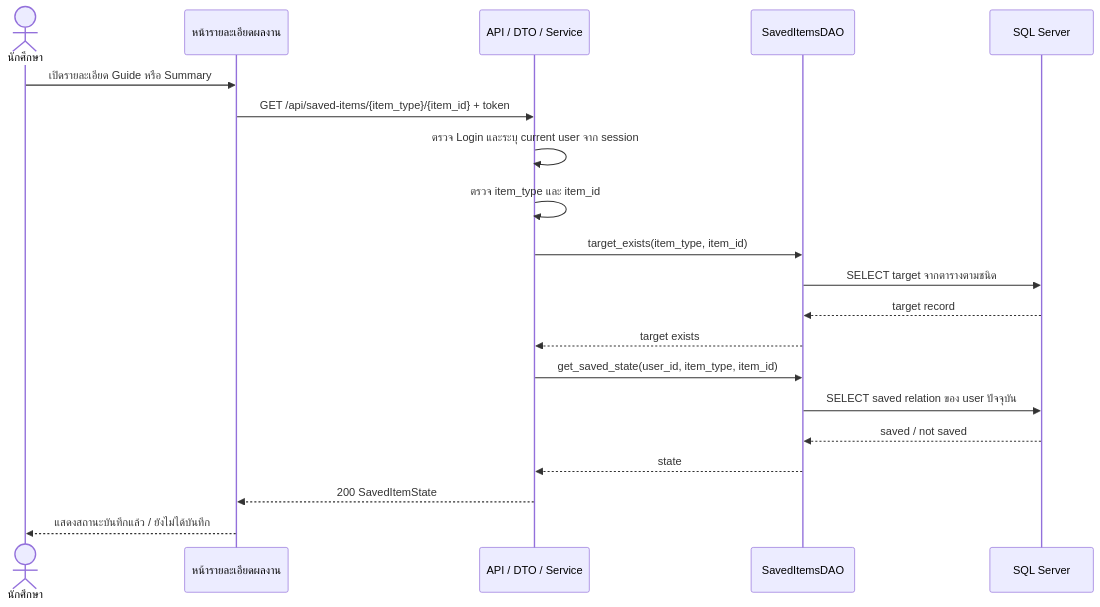
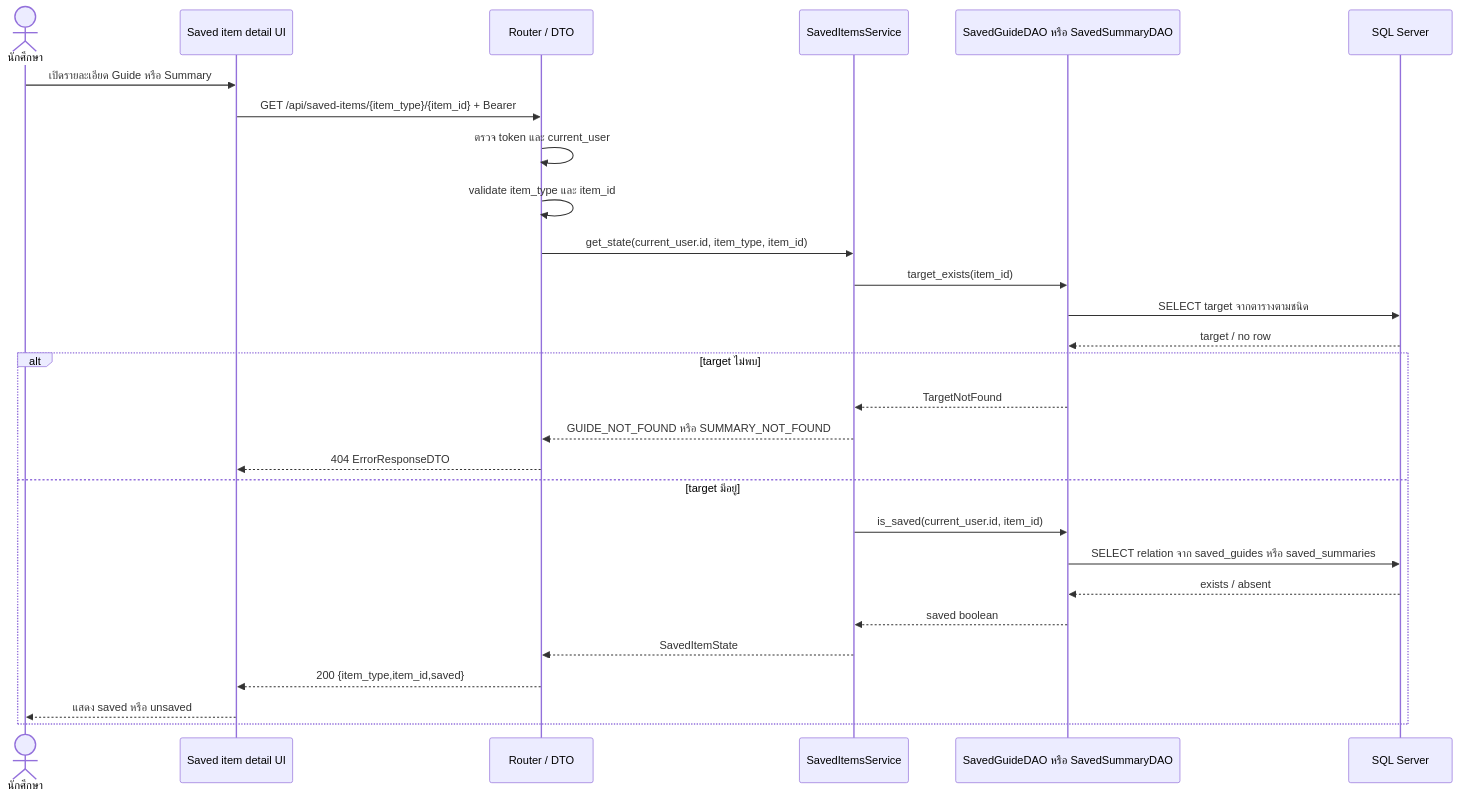
The first of 3 diagrams in docs/U9/design/task103-u9-sequences.md (Lilieay/cs261-group4-100001), drawn with Mermaid before and after one commit. The commit also changed other lines of this file and 12 other files, not shown here.

````diff
--- a/docs/U9/design/task103-u9-sequences.md
+++ b/docs/U9/design/task103-u9-sequences.md
@@ -13,22 +9,30 @@
 ```mermaid
 sequenceDiagram
     actor Student as นักศึกษา
-    participant UI as หน้ารายละเอียดผลงาน
-    participant API as API / DTO / Service
-    participant DAO as SavedItemsDAO
-    participant SQL as SQL Server
+    participant UI as Saved item detail UI
+    participant API as Router / DTO
+    participant SVC as SavedItemsService
+    participant DAO as SavedGuideDAO หรือ SavedSummaryDAO
+    participant DB as SQL Server
     Student->>UI: เปิดรายละเอียด Guide หรือ Summary
-    UI->>API: GET /api/saved-items/{item_type}/{item_id} + token
-    API->>API: ตรวจ Login และระบุ current user จาก session
-    API->>API: ตรวจ item_type และ item_id
-    API->>DAO: target_exists(item_type, item_id)
-    DAO->>SQL: SELECT target จากตารางตามชนิด
-    SQL-->>DAO: target record
-    DAO-->>API: target exists
-    API->>DAO: get_saved_state(user_id, item_type, item_id)
-    DAO->>SQL: SELECT saved relation ของ user ปัจจุบัน
-    SQL-->>DAO: saved / not saved
-    DAO-->>API: state
-    API-->>UI: 200 SavedItemState
-    UI-->>Student: แสดงสถานะบันทึกแล้ว / ยังไม่ได้บันทึก
+    UI->>API: GET /api/saved-items/{item_type}/{item_id} + Bearer
+    API->>API: ตรวจ token และ current_user
+    API->>API: validate item_type และ item_id
+    API->>SVC: get_state(current_user.id, item_type, item_id)
+    SVC->>DAO: target_exists(item_id)
+    DAO->>DB: SELECT target จากตารางตามชนิด
+    DB-->>DAO: target / no row
+    alt target ไม่พบ
+        DAO-->>SVC: TargetNotFound
+        SVC-->>API: GUIDE_NOT_FOUND หรือ SUMMARY_NOT_FOUND
+        API-->>UI: 404 ErrorResponseDTO
+    else target มีอยู่
+        SVC->>DAO: is_saved(current_user.id, item_id)
+        DAO->>DB: SELECT relation จาก saved_guides หรือ saved_summaries
+        DB-->>DAO: exists / absent
+        DAO-->>SVC: saved boolean
+        SVC-->>API: SavedItemState
+        API-->>UI: 200 {item_type,item_id,saved}
+        UI-->>Student: แสดง saved หรือ unsaved
+    end
 ```
````
